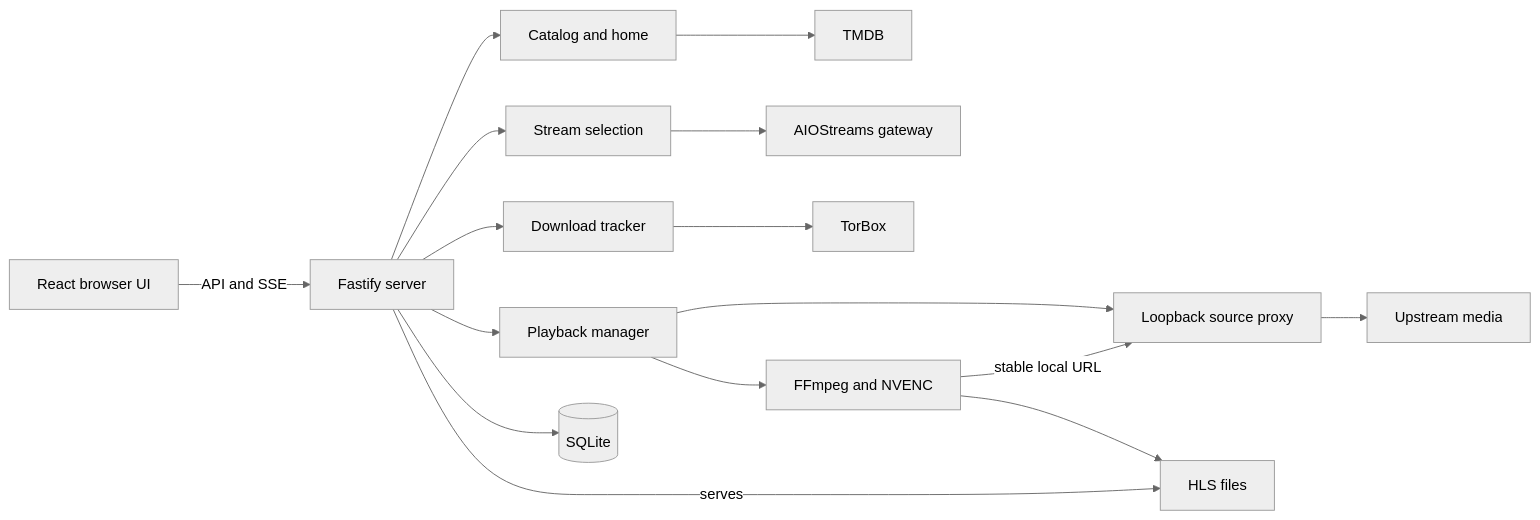
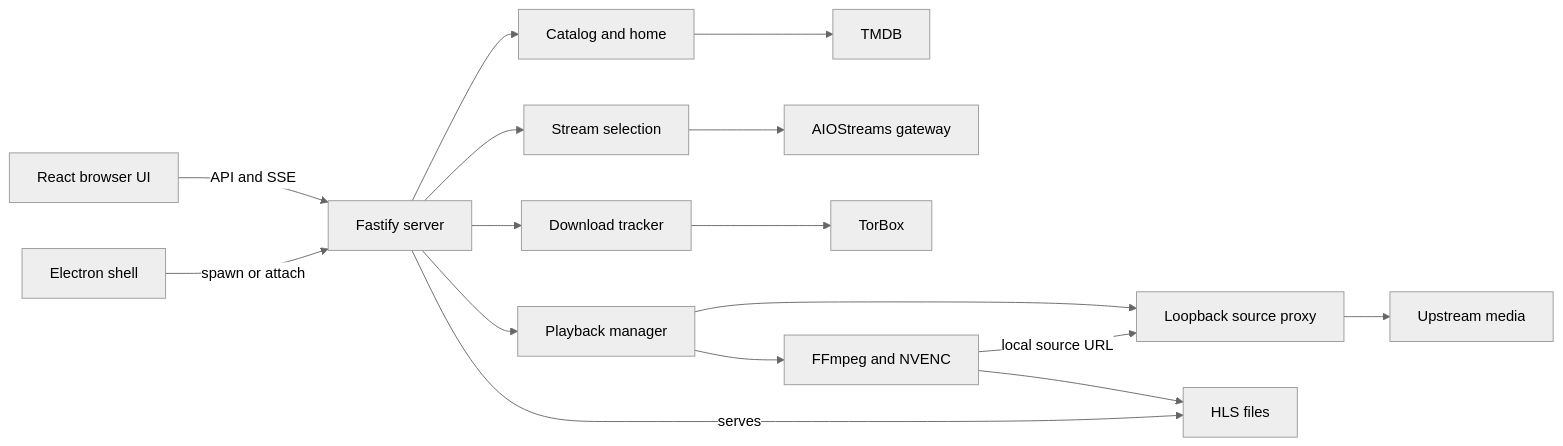
The first of 2 diagrams in droid-wiki/overview/architecture.md (VeroxAUS/homestream), drawn with Mermaid (neutral theme) before and after one commit. The commit also changed other lines of this file and 57 other files, not shown here.

````diff
--- a/droid-wiki/overview/architecture.md
+++ b/droid-wiki/overview/architecture.md
@@ -5,18 +5,18 @@
 ```mermaid
 graph LR
     Browser[React browser UI] -->|API and SSE| API[Fastify server]
+    Desktop[Electron shell] -->|spawn or attach| API
     API --> Catalog[Catalog and home]
     Catalog --> TMDB[TMDB]
     API --> Streams[Stream selection]
     Streams --> Gateway[AIOStreams gateway]
     API --> Playback[Playback manager]
     API --> Downloads[Download tracker]
     Downloads --> TorBox[TorBox]
     Playback --> Proxy[Loopback source proxy]
     Proxy --> CDN[Upstream media]
-    Playback --> FFmpeg[FFmpeg and NVENC]
-    FFmpeg -->|stable local URL| Proxy
-    FFmpeg --> HLS[HLS files]
+    Playback --> Encoder[FFmpeg and NVENC]
+    Encoder -->|local source URL| Proxy
+    Encoder --> HLS[HLS files]
     API -->|serves| HLS
-    API --> DB[(SQLite)]
 ```
````
